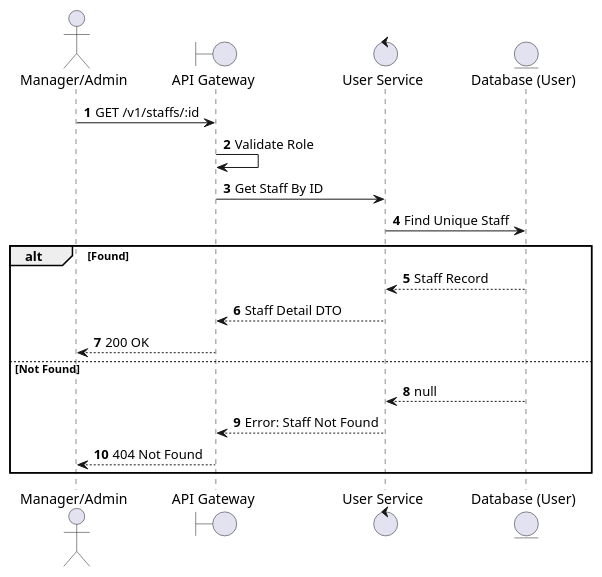
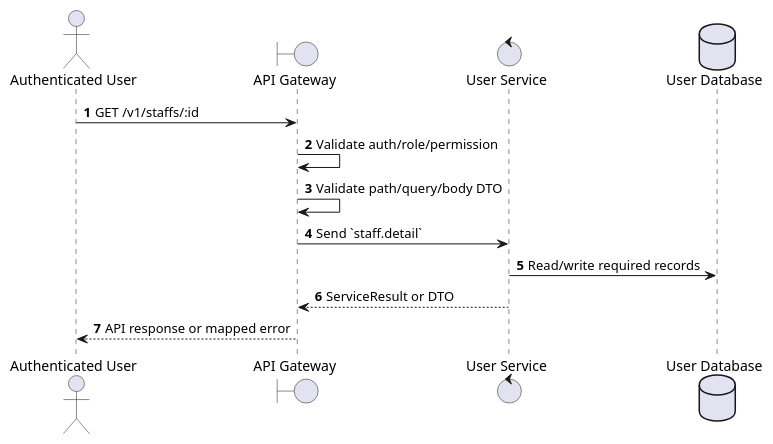
Before and after one commit to Tanh1603/movie-hub-architecture: the first of 2 diagrams in docs/functional_specs/3.1_User_Management/UM-06_Get_Staff_Details.md, drawn with PlantUML. The commit also changed other lines of this file and 126 other files, not shown here.

````diff
--- a/docs/functional_specs/3.1_User_Management/UM-06_Get_Staff_Details.md
+++ b/docs/functional_specs/3.1_User_Management/UM-06_Get_Staff_Details.md
@@ -17,23 +17,17 @@
 ```plantuml
 @startuml
 autonumber
-actor "Manager/Admin" as Admin
+actor "Authenticated User" as Actor
 boundary "API Gateway" as GW
-control "User Service" as US
-entity "Database (User)" as DB
+control "User Service" as SVC
+database "User Database" as DB
 
-Admin -> GW: GET /v1/staffs/:id
-GW -> GW: Validate Role
-GW -> US: Get Staff By ID
-US -> DB: Find Unique Staff
-alt Found
-    DB --> US: Staff Record
-    US --> GW: Staff Detail DTO
-    GW --> Admin: 200 OK
-else Not Found
-    DB --> US: null
-    US --> GW: Error: Staff Not Found
-    GW --> Admin: 404 Not Found
-end
+Actor -> GW: GET /v1/staffs/:id
+GW -> GW: Validate auth/role/permission
+GW -> GW: Validate path/query/body DTO
+GW -> SVC: Send `staff.detail`
+SVC -> DB: Read/write required records
+SVC --> GW: ServiceResult or DTO
+GW --> Actor: API response or mapped error
 @enduml
 ```
````
